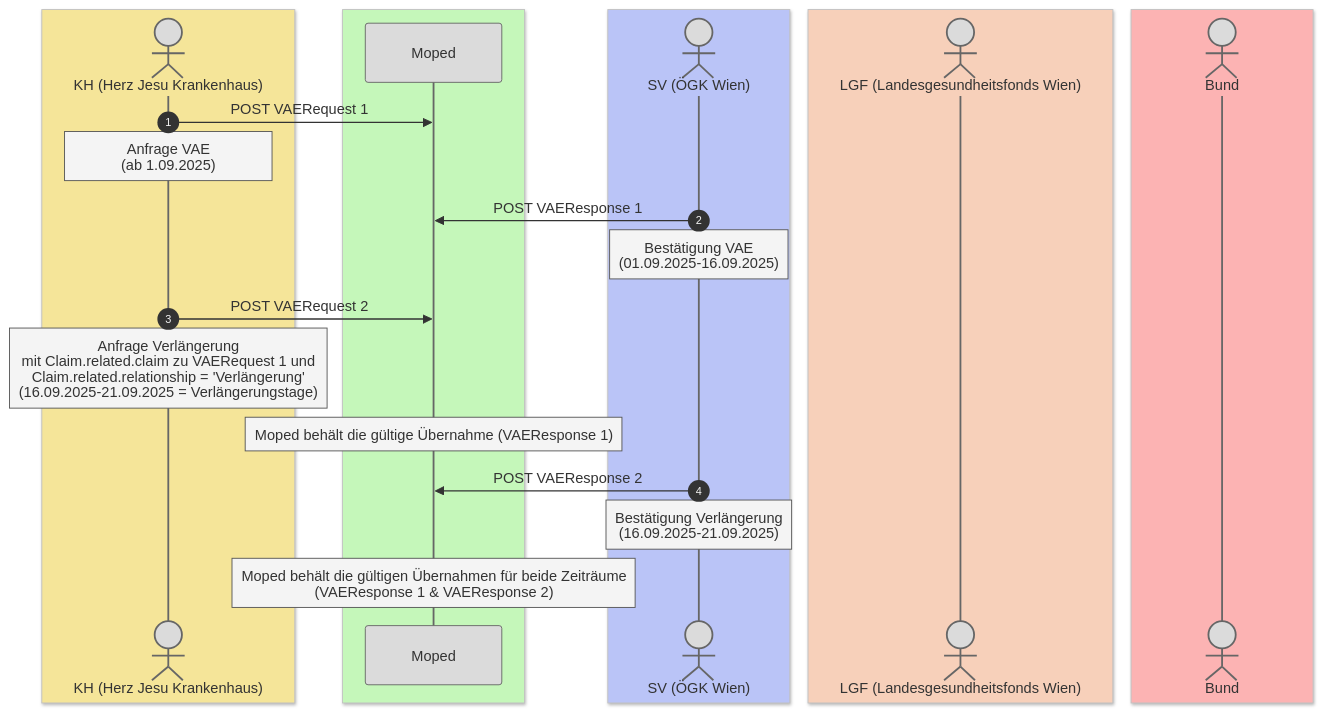
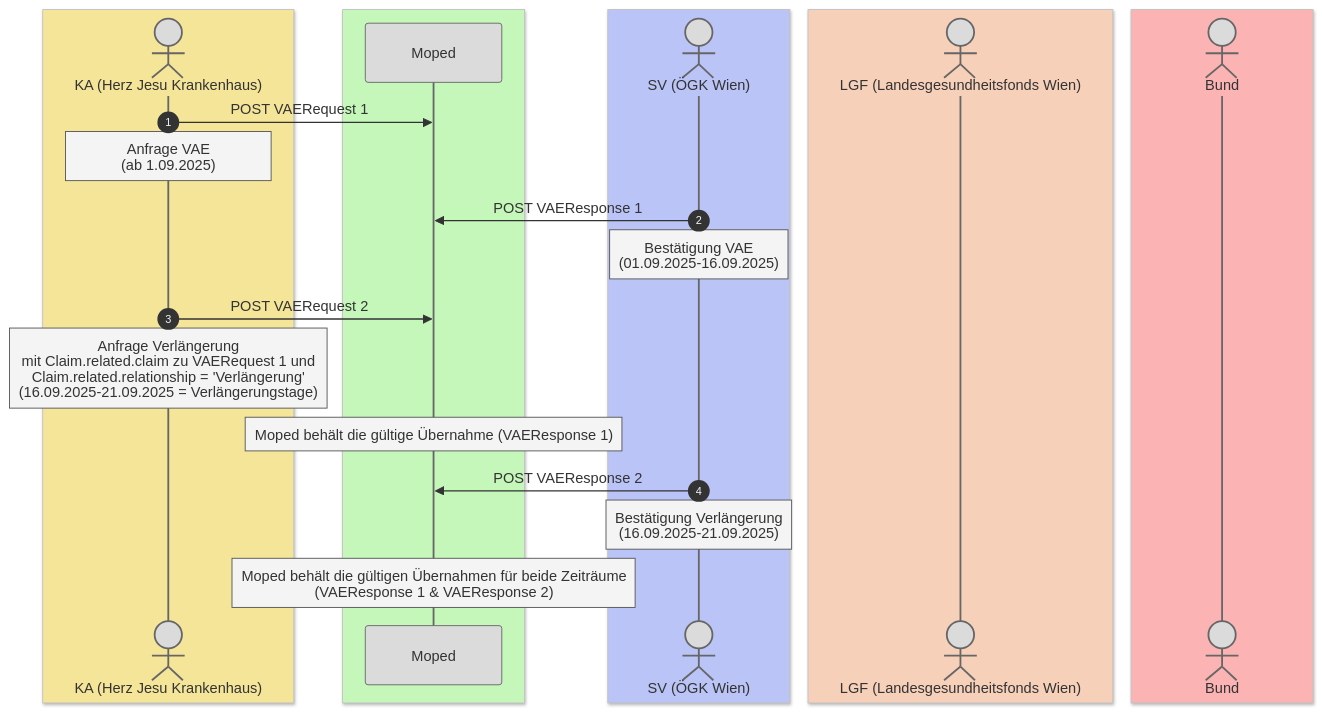
The first of 5 diagrams in input/pagecontent/AF28bis32.md (HL7Austria/ELGA-MOPED-R5), drawn with Mermaid before and after one commit. The commit also changed other lines of this file and 184 other files, not shown here.

```diff
--- a/input/pagecontent/AF28bis32.md
+++ b/input/pagecontent/AF28bis32.md
@@ -55,42 +55,42 @@
 <pre class="mermaid">
     ---
     config:
       theme: 'base'
       themeVariables:
         primaryColor: '#dbdbdb'         
         actorBorder: '#666'
         noteBkgColor: '#f4f4f4'
         noteBorderColor: '#555'
     ---
     sequenceDiagram
     autonumber
     box rgb(245, 229, 153)
-    actor KH as KH (Herz Jesu Krankenhaus)
+    actor KA as KA (Herz Jesu Krankenhaus)
     end
     box rgb(197, 247, 186)
     participant MP as Moped
     end
     box rgb(186, 196, 247)
     actor SV as SV (ÖGK Wien)
     end
     box rgb(247, 208, 186)
     actor LGF as LGF (Landesgesundheitsfonds Wien)
     end
     box rgb(252, 179, 179) 
     actor Bund as Bund 
     end
 
-    KH->>MP: POST VAERequest 1
-    Note over KH: Anfrage VAE <br/>(ab 1.09.2025)
+    KA->>MP: POST VAERequest 1
+    Note over KA: Anfrage VAE <br/>(ab 1.09.2025)
     SV->>MP: POST VAEResponse 1
     Note over SV: Bestätigung VAE <br/>(01.09.2025-16.09.2025)
 
-    KH->>MP: POST VAERequest 2
-    Note over KH: Anfrage Verlängerung<br/>mit Claim.related.claim zu VAERequest 1 und <br/> Claim.related.relationship = 'Verlängerung'<br/>(16.09.2025-21.09.2025 = Verlängerungstage)
+    KA->>MP: POST VAERequest 2
+    Note over KA: Anfrage Verlängerung<br/>mit Claim.related.claim zu VAERequest 1 und <br/> Claim.related.relationship = 'Verlängerung'<br/>(16.09.2025-21.09.2025 = Verlängerungstage)
     Note over MP: Moped behält die gültige Übernahme (VAEResponse 1)
 
     SV->>MP: POST VAEResponse 2
     Note over SV: Bestätigung Verlängerung<br/>(16.09.2025-21.09.2025)
     Note over MP: Moped behält die gültigen Übernahmen für beide Zeiträume<br/>(VAEResponse 1 & VAEResponse 2)
 
 </pre>
```
